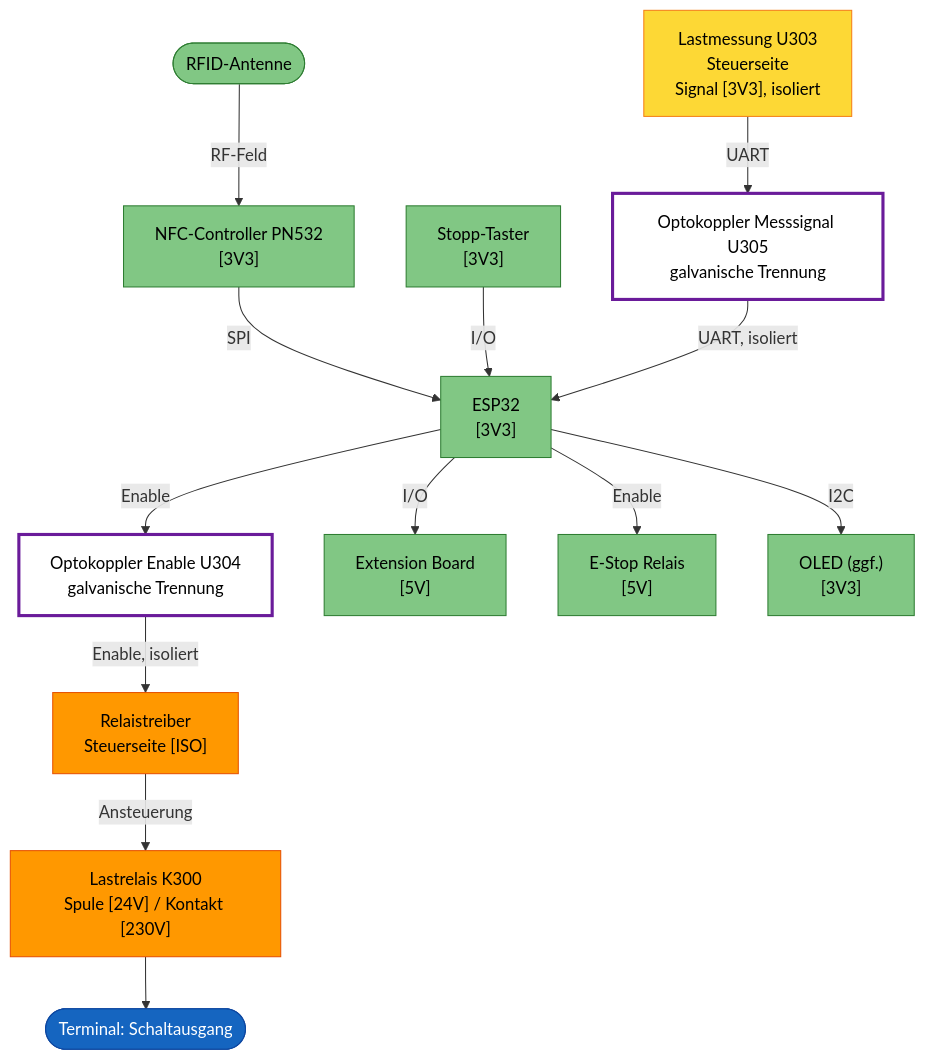
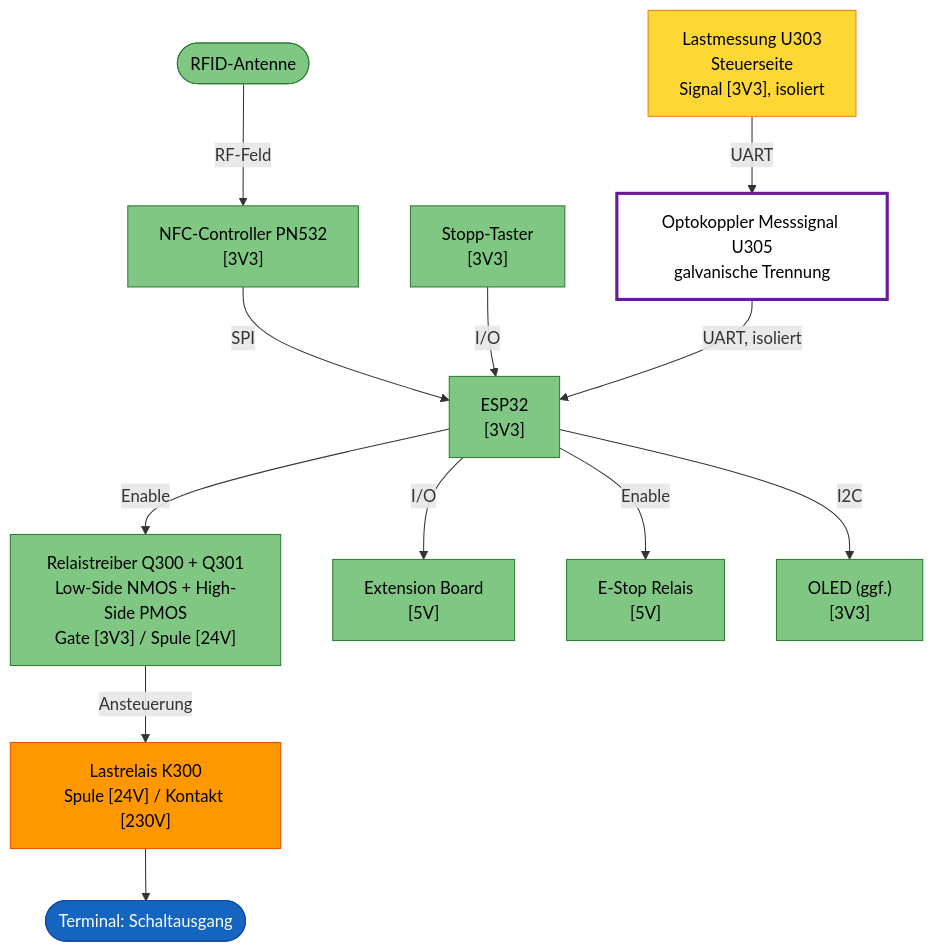
Before and after one commit to FREILab/easyVerwaltungHardware: the third of 3 diagrams in hardware/projects/RFID_BOX/README.md, drawn with Mermaid. The commit also changed other lines of this file and 2 other files, not shown here.

````diff
--- a/hardware/projects/RFID_BOX/README.md
+++ b/hardware/projects/RFID_BOX/README.md
@@ -289,46 +293,44 @@
 ```mermaid
 flowchart TB
     Antenne([RFID-Antenne])
     NFC["NFC-Controller PN532<br/>[3V3]"]
     ESP["ESP32<br/>[3V3]"]
     STOP["Stopp-Taster<br/>[3V3]"]
-    OPTO_EN["Optokoppler Enable U304<br/>galvanische Trennung"]
-    TREIBER["Relaistreiber<br/>Steuerseite [ISO]"]
+    TREIBER["Relaistreiber Q300 + Q301<br/>Low-Side NMOS + High-Side PMOS<br/>Gate [3V3] / Spule [24V]"]
     REL["Lastrelais K300<br/>Spule [24V] / Kontakt [230V]"]
     OUT([Terminal: Schaltausgang])
 
     MESS["Lastmessung U303<br/>Steuerseite<br/>Signal [3V3], isoliert"]
     OPTO_FB["Optokoppler Messsignal U305<br/>galvanische Trennung"]
 
     EXT["Extension Board<br/>[5V]"]
     ESTOP["E-Stop Relais<br/>[5V]"]
     OLED["OLED (ggf.)<br/>[3V3]"]
 
     Antenne -->|RF-Feld| NFC
     NFC -->|SPI| ESP
-    ESP -->|Enable| OPTO_EN
-    OPTO_EN -->|Enable, isoliert| TREIBER
+    ESP -->|Enable| TREIBER
     TREIBER -->|Ansteuerung| REL
     REL --> OUT
 
     STOP -->|I/O| ESP
 
     MESS -->|UART| OPTO_FB
     OPTO_FB -->|UART, isoliert| ESP
 
     ESP -->|I/O| EXT
     ESP -->|Enable| ESTOP
     ESP -->|I2C| OLED
 
     classDef term230 fill:#1565c0,color:#fff,stroke:#0d47a1
     classDef part230 fill:#ff9800,color:#000,stroke:#e65100
     classDef partSELV fill:#81c784,color:#000,stroke:#2e7d32
     classDef iso fill:#fff,color:#000,stroke:#6a1b9a,stroke-width:3px
     classDef touch230 fill:#fdd835,color:#000,stroke:#f57f17
 
     class OUT term230
-    class REL,TREIBER part230
-    class Antenne,NFC,ESP,STOP,EXT,ESTOP,OLED partSELV
+    class REL part230
+    class Antenne,NFC,ESP,STOP,EXT,ESTOP,OLED,TREIBER partSELV
     class MESS touch230
-    class OPTO_EN,OPTO_FB iso
+    class OPTO_FB iso
 ```
````
